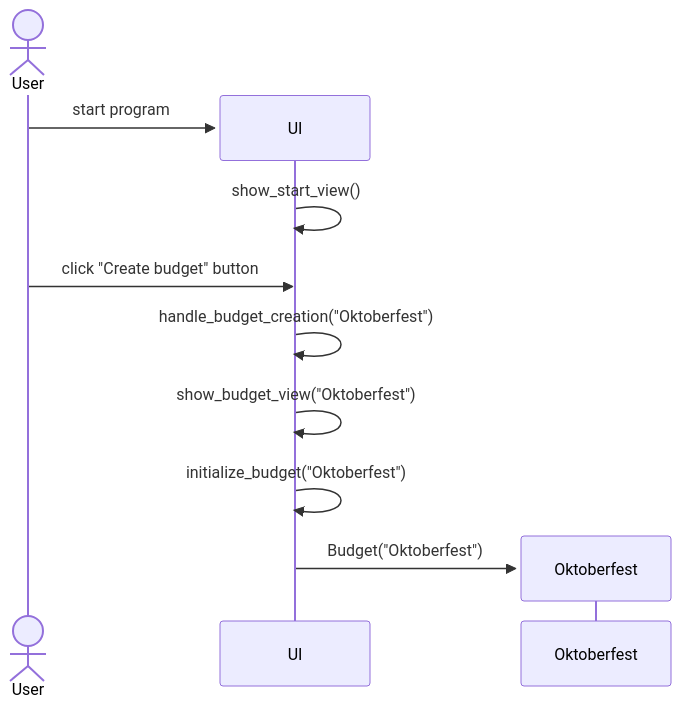
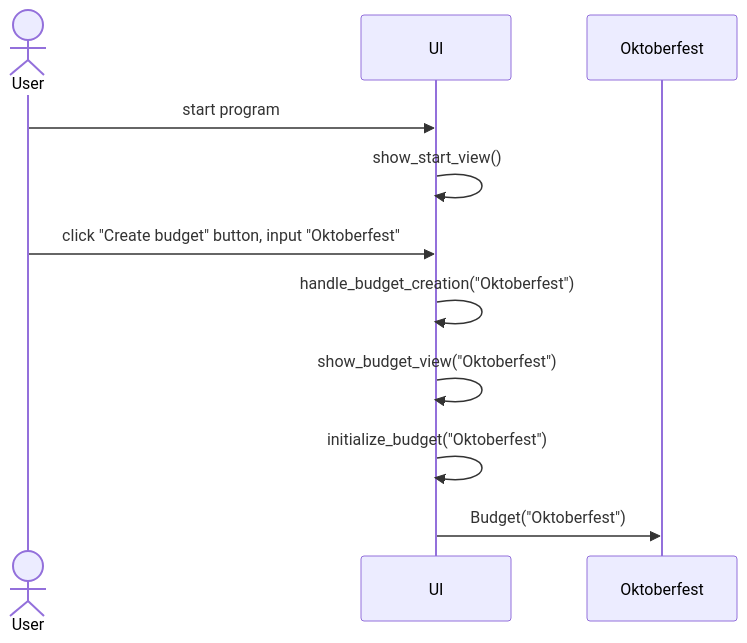
The first of 2 diagrams in budjetointisovellus/dokumentaatio/arkkitehtuuri.md (kuosaton/ot-harjoitustyo), drawn with Mermaid before and after one commit. The commit also changed other lines of this file, not shown here.

````diff
--- a/budjetointisovellus/dokumentaatio/arkkitehtuuri.md
+++ b/budjetointisovellus/dokumentaatio/arkkitehtuuri.md
@@ -26,13 +47,13 @@
 ```mermaid
 sequenceDiagram
   actor User
-  create participant UI
+  participant UI
   User->>UI: start program
   UI->>UI: show_start_view()
-  User->>UI: click "Create budget" button
+  User->>UI: click "Create budget" button, input "Oktoberfest"
   UI->>UI: handle_budget_creation("Oktoberfest")
   UI->>UI: show_budget_view("Oktoberfest")
   UI->>UI: initialize_budget("Oktoberfest")
-  create participant Oktoberfest
+  participant Oktoberfest
   UI->>Oktoberfest: Budget("Oktoberfest")
 ```
````
